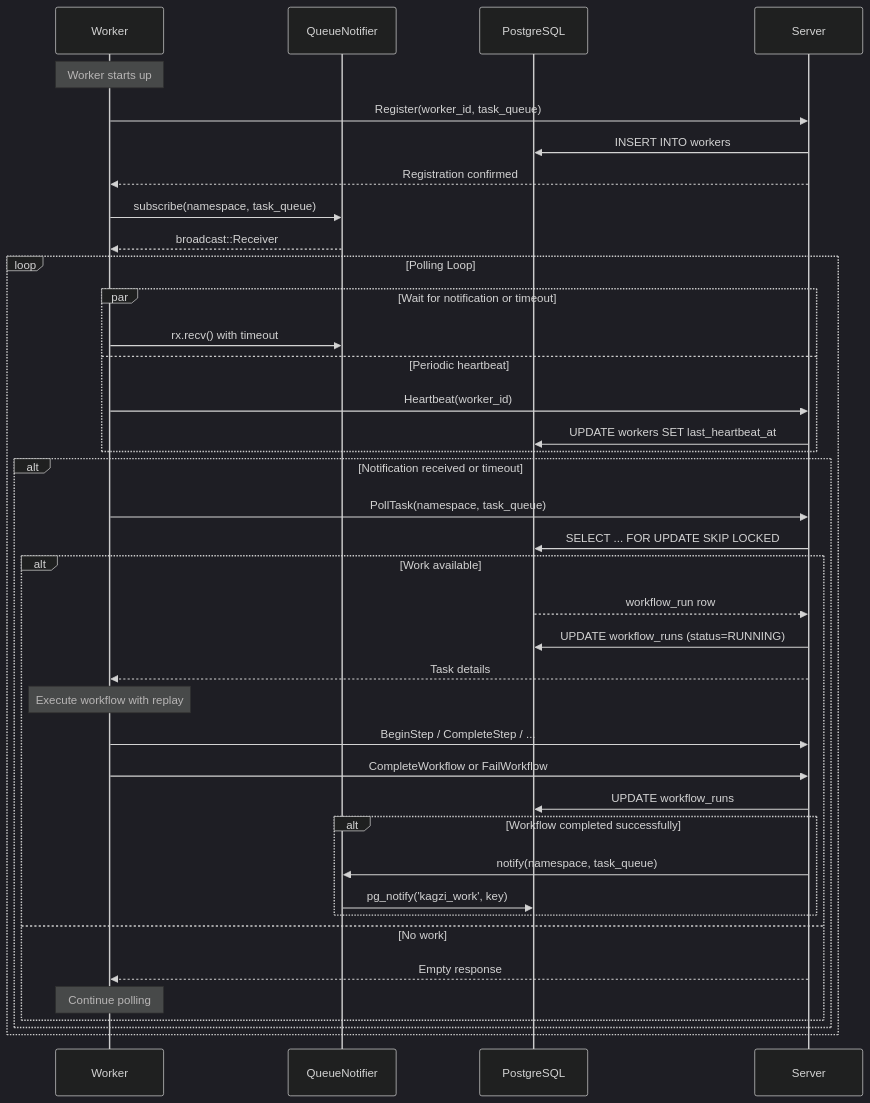
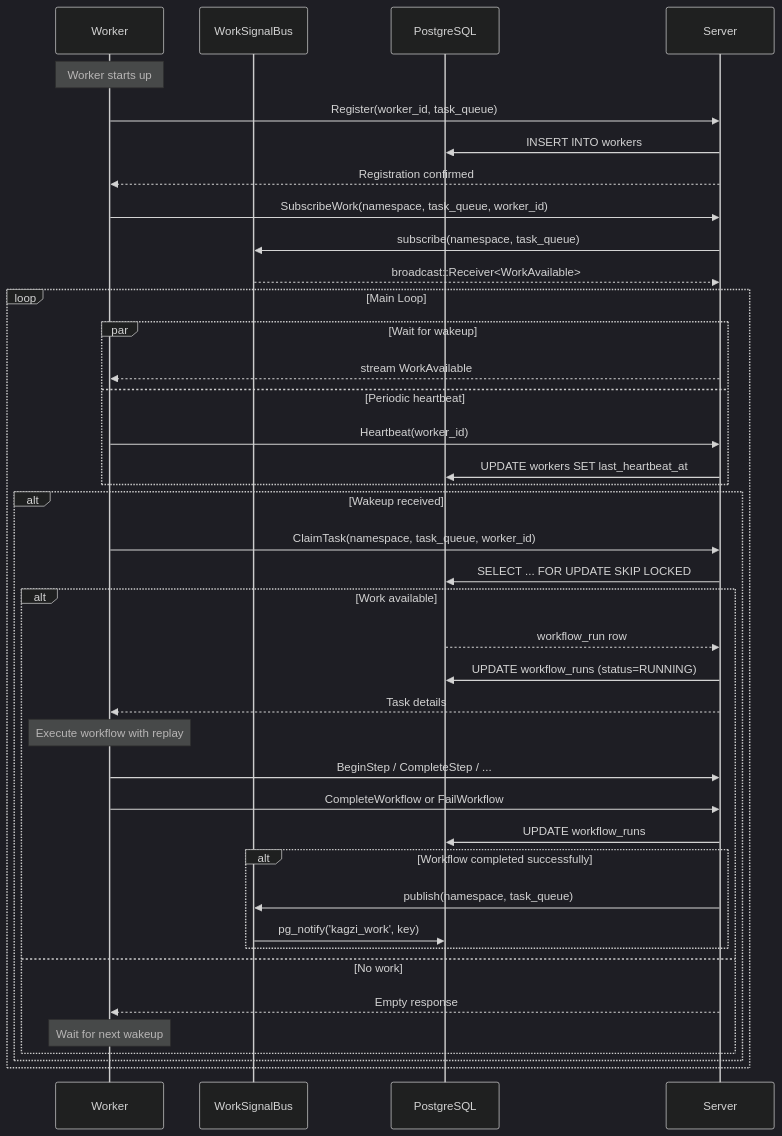
One commit to spa5k/Kagzi changed the second of 4 diagrams in ARCHITECTURE.md. Above: the diagram before and after it, drawn with Mermaid (dark theme). The commit also changed other lines of this file and 19 other files, not shown here.

First line of the commit message:
Refactor queue notification system to implement a work-signal bus

````diff
--- a/ARCHITECTURE.md
+++ b/ARCHITECTURE.md
@@ -260,48 +261,49 @@
 ```mermaid
 sequenceDiagram
     participant W as Worker
-    participant Q as QueueNotifier
+    participant Q as WorkSignalBus
     participant PG as PostgreSQL
     participant S as Server
 
     Note over W: Worker starts up
     W->>S: Register(worker_id, task_queue)
     S->>PG: INSERT INTO workers
     S-->>W: Registration confirmed
 
-    W->>Q: subscribe(namespace, task_queue)
-    Q-->>W: broadcast::Receiver
+    W->>S: SubscribeWork(namespace, task_queue, worker_id)
+    S->>Q: subscribe(namespace, task_queue)
+    Q-->>S: broadcast::Receiver<WorkAvailable>
 
-    loop Polling Loop
-        par Wait for notification or timeout
-            W->>Q: rx.recv() with timeout
+    loop Main Loop
+        par Wait for wakeup
+            S-->>W: stream WorkAvailable
         and Periodic heartbeat
             W->>S: Heartbeat(worker_id)
             S->>PG: UPDATE workers SET last_heartbeat_at
         end
 
-        alt Notification received or timeout
-            W->>S: PollTask(namespace, task_queue)
+        alt Wakeup received
+            W->>S: ClaimTask(namespace, task_queue, worker_id)
             S->>PG: SELECT ... FOR UPDATE SKIP LOCKED
 
             alt Work available
                 PG-->>S: workflow_run row
                 S->>PG: UPDATE workflow_runs (status=RUNNING)
                 S-->>W: Task details
 
                 Note over W: Execute workflow with replay
                 W->>S: BeginStep / CompleteStep / ...
                 W->>S: CompleteWorkflow or FailWorkflow
                 S->>PG: UPDATE workflow_runs
 
                 alt Workflow completed successfully
-                    S->>Q: notify(namespace, task_queue)
+                    S->>Q: publish(namespace, task_queue)
                     Q->>PG: pg_notify('kagzi_work', key)
                 end
             else No work
                 S-->>W: Empty response
-                Note over W: Continue polling
+                Note over W: Wait for next wakeup
             end
         end
     end
 ```
````
